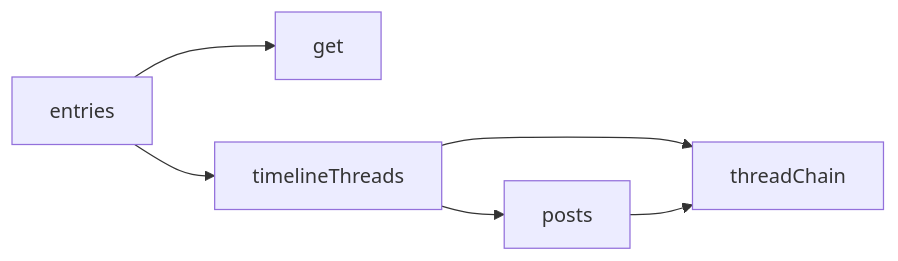
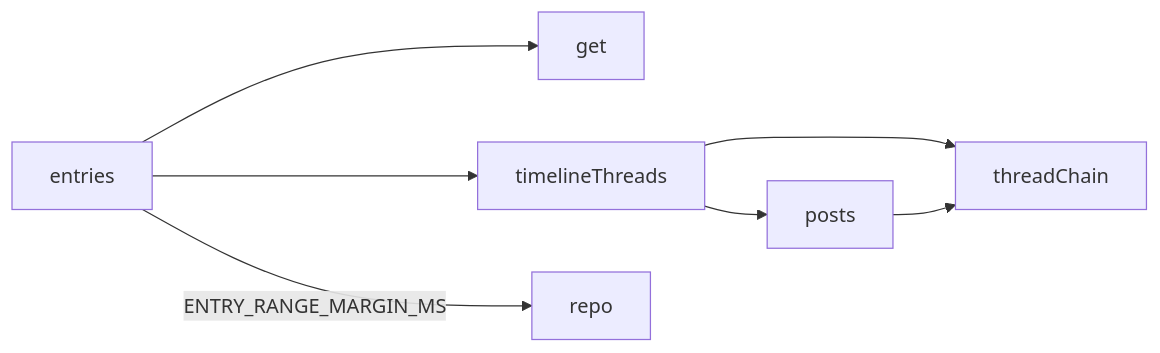
One commit to nekono-dev/skyshare changed the first of 2 diagrams in specs/timeline-api/design.md. Above: the diagram before and after it, drawn with Mermaid. The commit also changed other lines of this file and 7 other files, not shown here.

First line of the commit message:
developの変更に合わせてspecと図を整合させ、creator関連の記述を除外する

````diff
--- a/specs/timeline-api/design.md
+++ b/specs/timeline-api/design.md
@@ -18,8 +18,9 @@
 ```mermaid
 flowchart LR
   entries --> get
   entries --> timelineThreads
+  entries -->|ENTRY_RANGE_MARGIN_MS| repo
   timelineThreads --> posts
   timelineThreads --> threadChain
   posts --> threadChain
 ```
````
